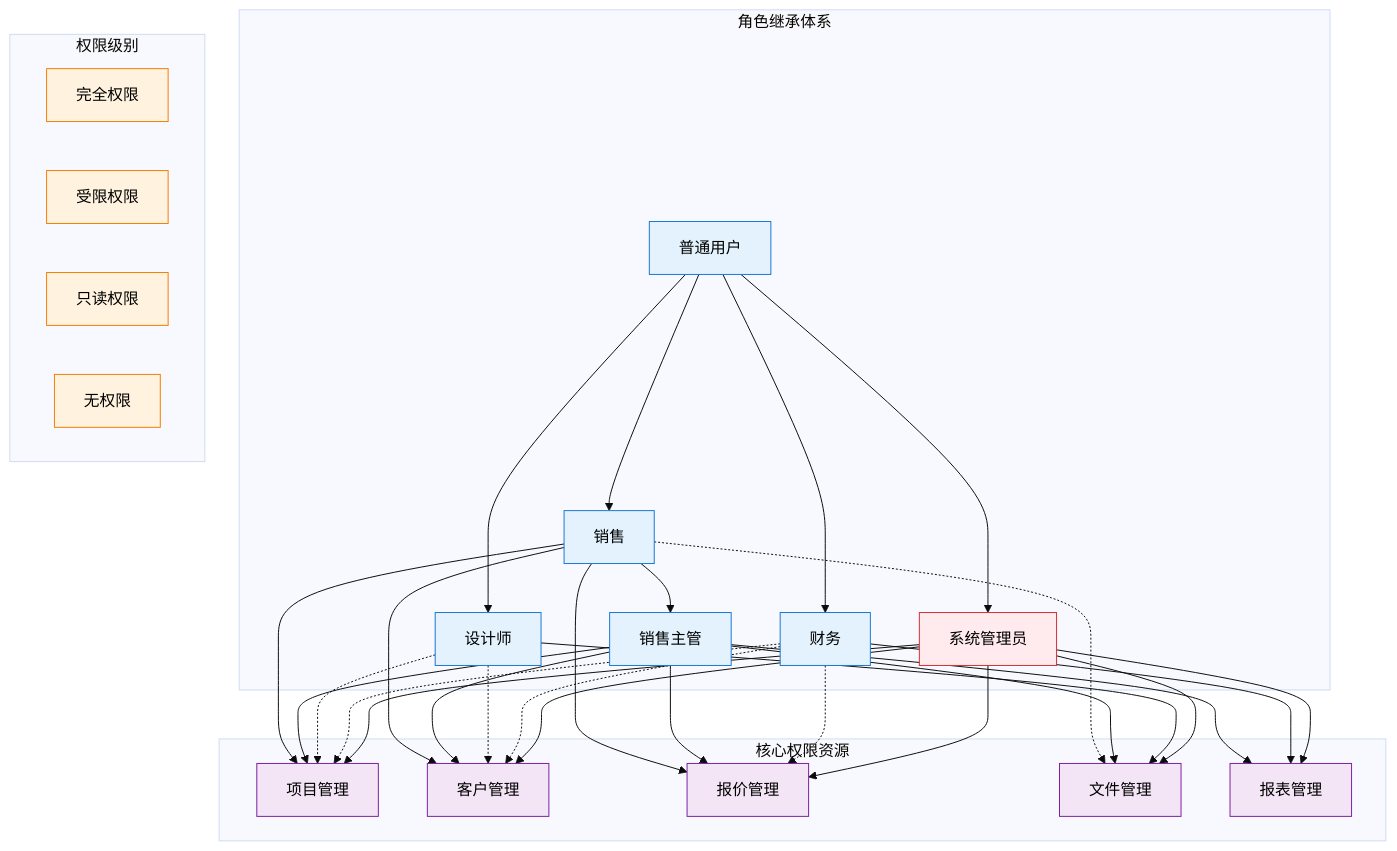
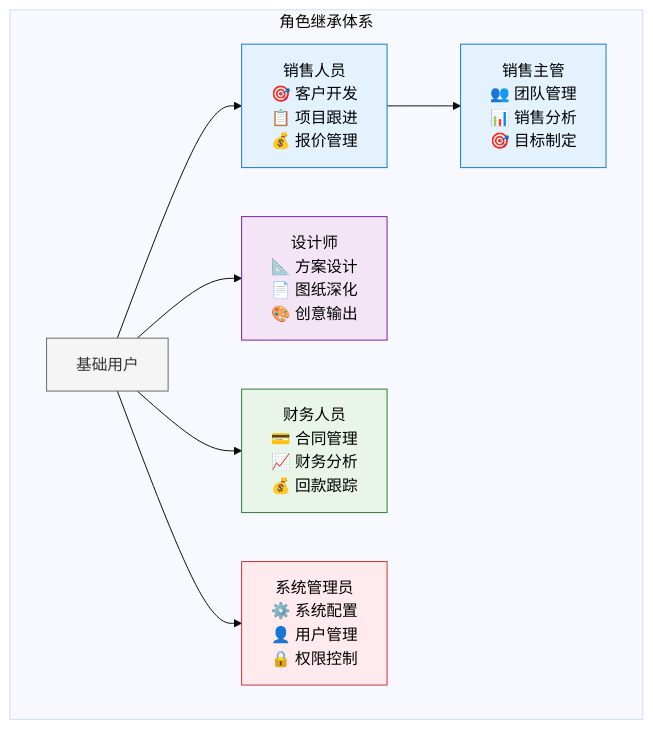
One commit to zavierd/ZHCRM changed the third of 10 diagrams in master.md. Above: the diagram before and after it, drawn with Mermaid (base theme). The commit also changed other lines of this file, not shown here.

````diff
--- a/master.md
+++ b/master.md
@@ -292,77 +294,34 @@
 ```mermaid
-graph TB
-    %% 角色继承关系
-    subgraph roles ["角色继承体系"]
-        USER[普通用户]
-        SALES[销售]
-        SALES_MGR[销售主管]
-        DESIGNER[设计师]
-        FINANCE[财务]
-        ADMIN[系统管理员]
+graph TD
+    subgraph "角色继承体系"
+        BASE[基础用户]
 
-        USER --> SALES
+        SALES[销售人员<br/>🎯 客户开发<br/>📋 项目跟进<br/>💰 报价管理]
+        SALES_MGR[销售主管<br/>👥 团队管理<br/>📊 销售分析<br/>🎯 目标制定]
+
+        DESIGNER[设计师<br/>📐 方案设计<br/>📄 图纸深化<br/>🎨 创意输出]
+
+        FINANCE[财务人员<br/>💳 合同管理<br/>📈 财务分析<br/>💰 回款跟踪]
+
+        ADMIN[系统管理员<br/>⚙️ 系统配置<br/>👤 用户管理<br/>🔒 权限控制]
+
+        BASE --> SALES
         SALES --> SALES_MGR
-        USER --> DESIGNER
-        USER --> FINANCE
-        USER --> ADMIN
+        BASE --> DESIGNER
+        BASE --> FINANCE
+        BASE --> ADMIN
     end
 
-    %% 核心权限资源
-    subgraph resources ["核心权限资源"]
-        PROJECT[项目管理]
-        CUSTOMER[客户管理]
-        QUOTE[报价管理]
-        FILE[文件管理]
-        REPORT[报表管理]
-    end
+    %% 样式定义
+    classDef baseRole fill:#f5f5f5,stroke:#666,color:#333
+    classDef salesRole fill:#e3f2fd,stroke:#1976d2,color:#000
+    classDef designRole fill:#f3e5f5,stroke:#7b1fa2,color:#000
+    classDef financeRole fill:#e8f5e8,stroke:#2e7d32,color:#000
+    classDef adminRole fill:#ffebee,stroke:#d32f2f,color:#000
 
-    %% 权限级别说明
-    subgraph legend ["权限级别"]
-        FULL[完全权限]
-        LIMITED[受限权限]
-        READONLY[只读权限]
-        DENIED[无权限]
-    end
-
-    %% 销售权限连接
-    SALES --> PROJECT
-    SALES --> CUSTOMER
-    SALES --> QUOTE
-    SALES -.-> FILE
-
-    %% 销售主管权限（继承+扩展）
-    SALES_MGR --> PROJECT
-    SALES_MGR --> CUSTOMER
-    SALES_MGR --> QUOTE
-    SALES_MGR --> FILE
-    SALES_MGR --> REPORT
-
-    %% 设计师权限
-    DESIGNER -.-> PROJECT
-    DESIGNER -.-> CUSTOMER
-    DESIGNER --> FILE
-
-    %% 财务权限
-    FINANCE -.-> PROJECT
-    FINANCE -.-> CUSTOMER
-    FINANCE -.-> QUOTE
-    FINANCE --> REPORT
-
-    %% 系统管理员权限（全部）
-    ADMIN --> PROJECT
-    ADMIN --> CUSTOMER
-    ADMIN --> QUOTE
-    ADMIN --> FILE
-    ADMIN --> REPORT
-
-    %% 样式定义
-    classDef roleNode fill:#e3f2fd,stroke:#1976d2,color:#000
-    classDef resourceNode fill:#f3e5f5,stroke:#7b1fa2,color:#000
-    classDef adminNode fill:#ffebee,stroke:#d32f2f,color:#000
-    classDef legendNode fill:#fff3e0,stroke:#f57c00,color:#000
-
-    class USER,SALES,SALES_MGR,DESIGNER,FINANCE roleNode
-    class PROJECT,CUSTOMER,QUOTE,FILE,REPORT resourceNode
-    class ADMIN adminNode
-    class FULL,LIMITED,READONLY,DENIED legendNode
+    class BASE baseRole
+    class SALES,SALES_MGR salesRole
+    class DESIGNER designRole
+    class FINANCE financeRole
+    class ADMIN adminRole
 ```
````
